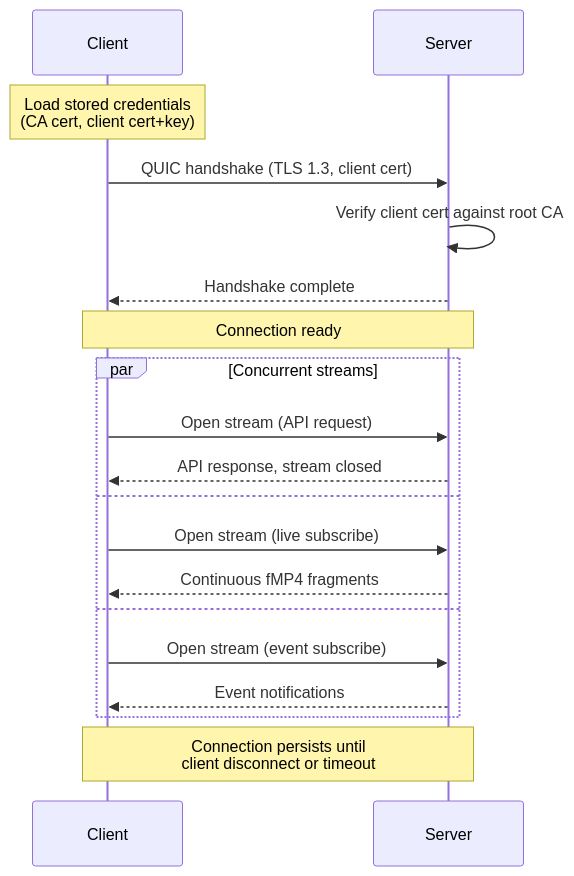
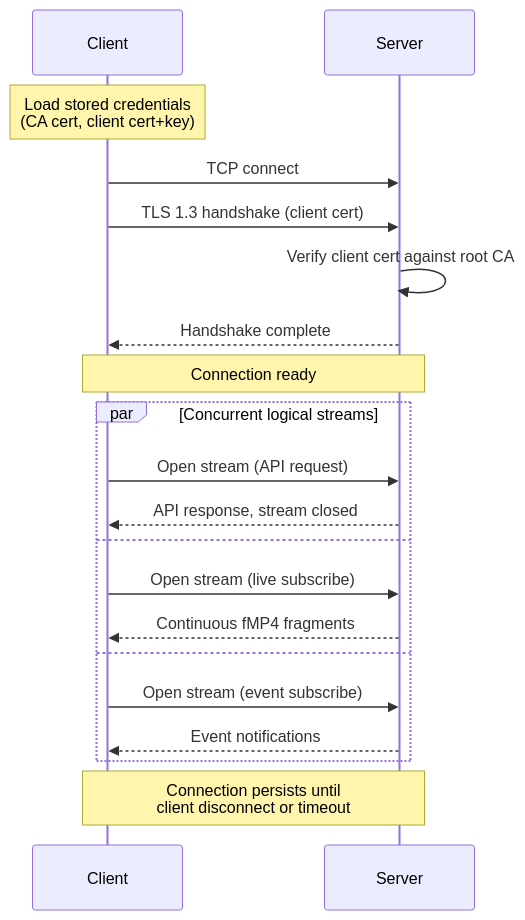
One commit to SytheZN/simple-vms changed the diagram in docs/protocol.md. Above: the diagram before and after it, drawn with Mermaid. The commit also changed other lines of this file and 11 other files, not shown here.

First line of the commit message:
docs: replace QUIC with TCP+TLS tunnel protocol

````diff
--- a/docs/protocol.md
+++ b/docs/protocol.md
@@ -22,26 +21,27 @@
 ```mermaid
 sequenceDiagram
     participant Client
     participant Server
 
     Note over Client: Load stored credentials<br/>(CA cert, client cert+key)
 
-    Client->>Server: QUIC handshake (TLS 1.3, client cert)
+    Client->>Server: TCP connect
+    Client->>Server: TLS 1.3 handshake (client cert)
     Server->>Server: Verify client cert against root CA
     Server-->>Client: Handshake complete
 
     Note over Client,Server: Connection ready
 
-    par Concurrent streams
+    par Concurrent logical streams
         Client->>Server: Open stream (API request)
         Server-->>Client: API response, stream closed
     and
         Client->>Server: Open stream (live subscribe)
         Server-->>Client: Continuous fMP4 fragments
     and
         Client->>Server: Open stream (event subscribe)
         Server-->>Client: Event notifications
     end
 
     Note over Client,Server: Connection persists until<br/>client disconnect or timeout
 ```
````
